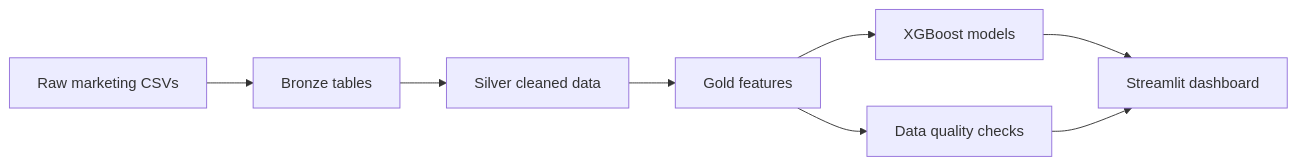
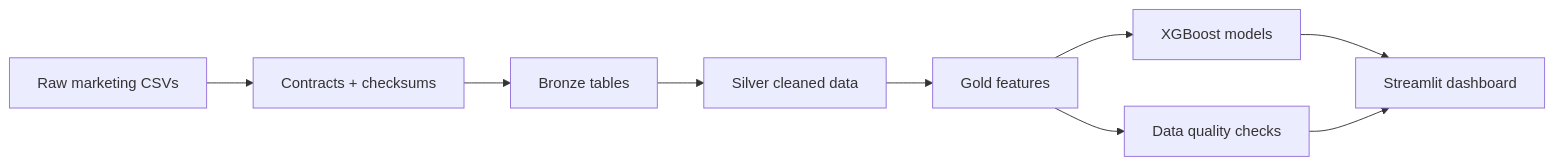
One commit to MatthewPaver/marketing-ml-lakehouse changed the diagram in README.md. Above: the diagram before and after it, drawn with Mermaid. The commit also changed other lines of this file and 3 other files, not shown here.

````diff
--- a/README.md
+++ b/README.md
@@ -82,10 +59,11 @@
 ```mermaid
 flowchart LR
-    A["Raw marketing CSVs"] --> B["Bronze tables"]
+    A["Raw marketing CSVs"] --> H["Contracts + checksums"]
+    H --> B["Bronze tables"]
     B --> C["Silver cleaned data"]
     C --> D["Gold features"]
     D --> E["XGBoost models"]
     D --> F["Data quality checks"]
     E --> G["Streamlit dashboard"]
     F --> G
 ```
````
